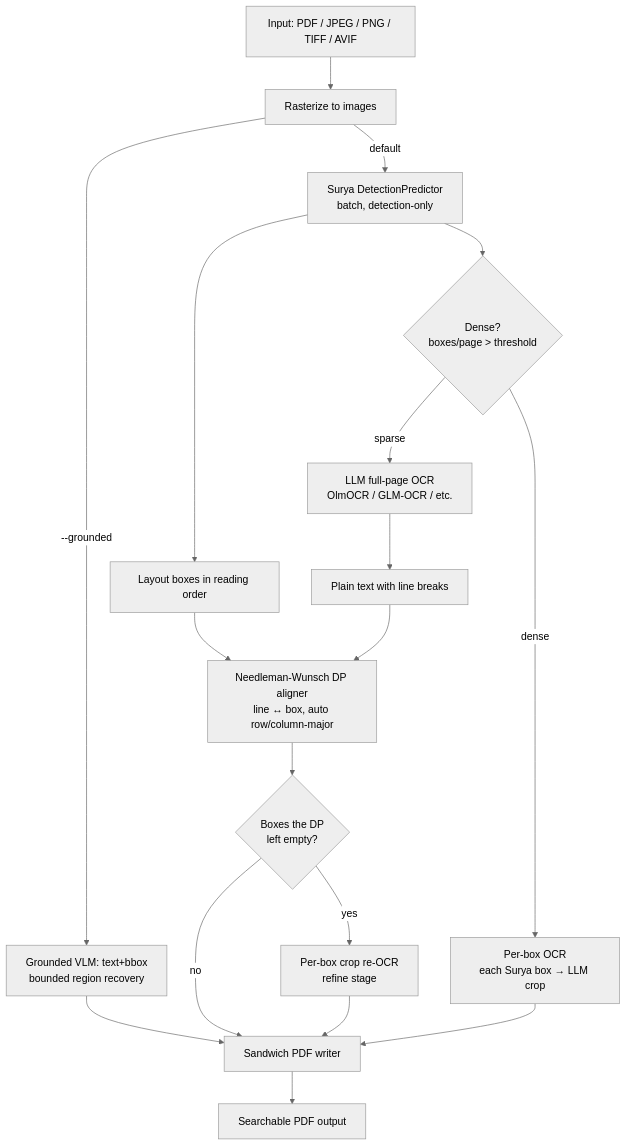
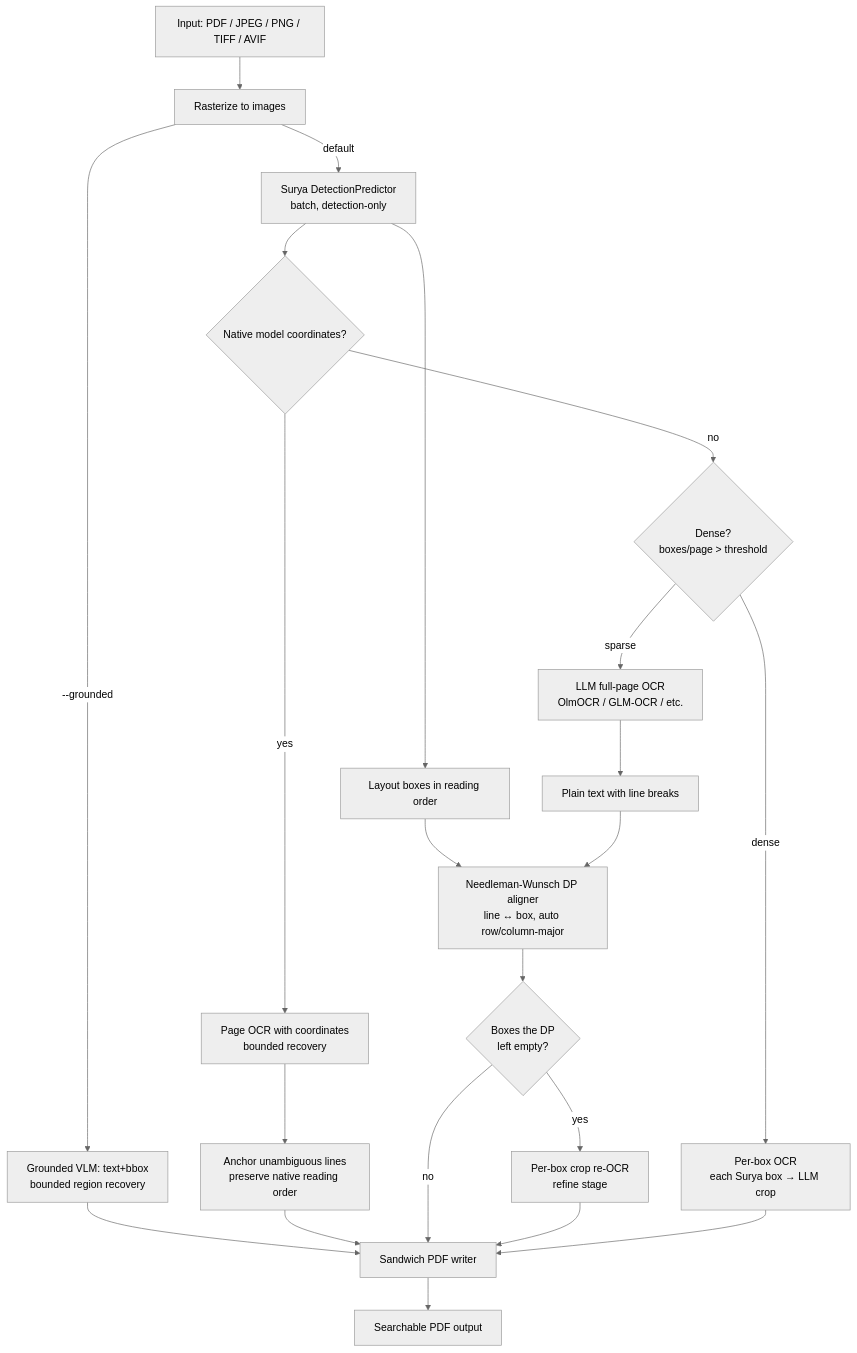
Before and after one commit to ahnafnafee/local-llm-pdf-ocr: the diagram in README.md, drawn with Mermaid (neutral theme). The commit also changed other lines of this file and 28 other files, not shown here.

````diff
--- a/README.md
+++ b/README.md
@@ -90,21 +90,25 @@
 ```mermaid
 graph TD
     A[Input: PDF / JPEG / PNG / TIFF / AVIF] --> B[Rasterize to images]
     B -->|--grounded| Z[Grounded VLM: text+bbox<br/>bounded region recovery]
     Z --> EMB
 
     B -->|default| C[Surya DetectionPredictor<br/>batch, detection-only]
-    C --> DM{Dense?<br/>boxes/page > threshold}
+    C --> NM{Native model coordinates?}
+    NM -->|yes| NG[Page OCR with coordinates<br/>bounded recovery]
+    NG --> NA[Anchor unambiguous lines<br/>preserve native reading order]
+    NA --> EMB
+    NM -->|no| DM{Dense?<br/>boxes/page > threshold}
     DM -->|sparse| D[LLM full-page OCR<br/>OlmOCR / GLM-OCR / etc.]
     DM -->|dense| P[Per-box OCR<br/>each Surya box → LLM crop]
     D --> F[Plain text with line breaks]
     C --> E[Layout boxes in reading order]
     E --> G[Needleman-Wunsch DP aligner<br/>line ↔ box, auto row/column-major]
     F --> G
     G --> H{Boxes the DP<br/>left empty?}
     H -->|yes| R[Per-box crop re-OCR<br/>refine stage]
     H -->|no| EMB[Sandwich PDF writer]
     R --> EMB
     P --> EMB
     EMB --> L[Searchable PDF output]
 ```
````
